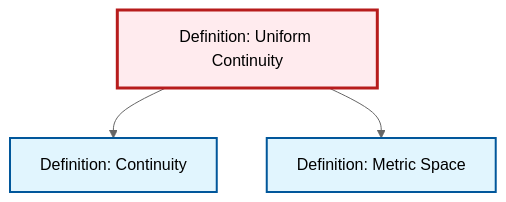
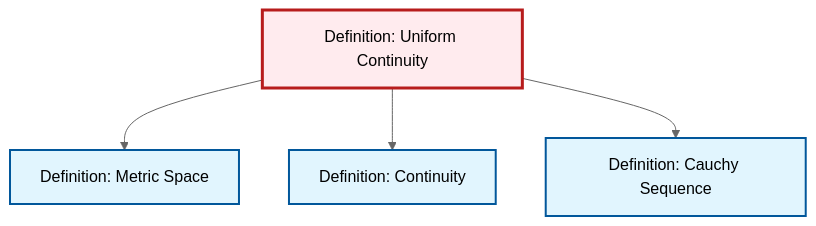
Before and after one commit to RK0429/ModernMath: the diagram in output/mermaid/def-uniform-continuity.mermaid, drawn with Mermaid (neutral theme). The commit also changed 531 other files, not shown here.

```diff
--- a/output/mermaid/def-uniform-continuity.mermaid
+++ b/output/mermaid/def-uniform-continuity.mermaid
@@ -1,13 +1,15 @@
 %%| fig-cap: "Local dependency graph"
 graph TD
     classDef definition fill:#e1f5fe,stroke:#01579b,stroke-width:2px
     classDef theorem fill:#f3e5f5,stroke:#4a148c,stroke-width:2px
     classDef axiom fill:#fff3e0,stroke:#e65100,stroke-width:2px
     classDef example fill:#e8f5e9,stroke:#1b5e20,stroke-width:2px
     classDef current fill:#ffebee,stroke:#b71c1c,stroke-width:3px
     def-uniform-continuity["Definition: Uniform Continuity"]:::definition
+    def-continuity["Definition: Continuity"]:::definition
+    def-cauchy-sequence["Definition: Cauchy Sequence"]:::definition
     def-metric-space["Definition: Metric Space"]:::definition
-    def-continuity["Definition: Continuity"]:::definition
+    def-uniform-continuity --> def-metric-space
     def-uniform-continuity --> def-continuity
-    def-uniform-continuity --> def-metric-space
+    def-uniform-continuity --> def-cauchy-sequence
     class def-uniform-continuity current
```
